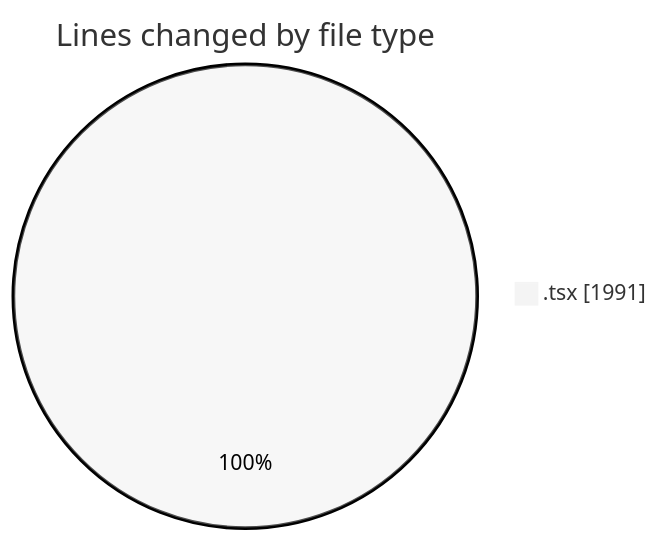
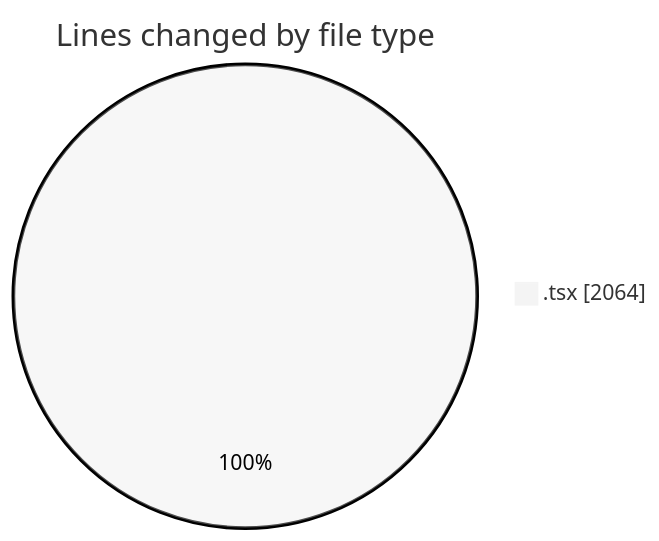
Before and after one commit to nxtqubesakshisongat/code-tracking: the first of 2 diagrams in 2026-06-10/nxtqube_webapp/README.md, drawn with Mermaid (neutral theme). The commit also changed other lines of this file and 1 other file, not shown here.

````diff
--- a/2026-06-10/nxtqube_webapp/README.md
+++ b/2026-06-10/nxtqube_webapp/README.md
@@ -21,5 +21,5 @@
 ```mermaid
 pie showData
 title Lines changed by file type
-".tsx" : 1991
+".tsx" : 2064
 ```
````
